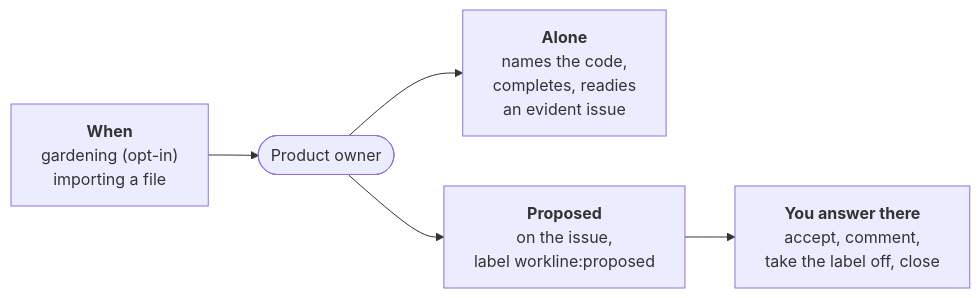
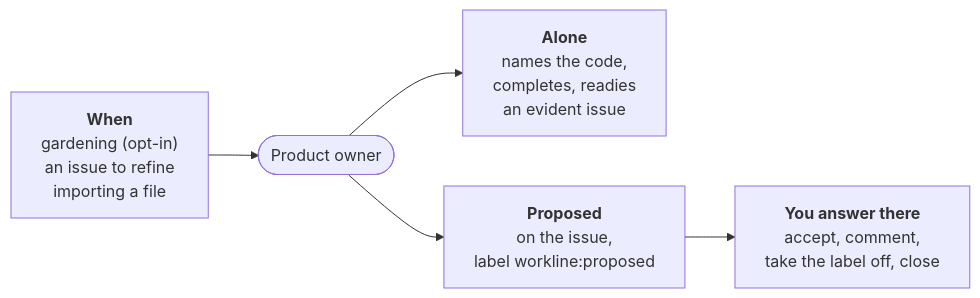
The diagram in roles/product-owner/README.md (JN0V/workline), drawn with Mermaid before and after one commit. The commit also changed other lines of this file and 6 other files, not shown here.

Commit message:
feat(product-owner): an issue to refine wakes it at once

````diff
--- a/roles/product-owner/README.md
+++ b/roles/product-owner/README.md
@@ -8,11 +8,11 @@
 ```mermaid
 flowchart LR
-  when["<b>When</b><br/>gardening (opt-in)<br/>importing a file"]
+  when["<b>When</b><br/>gardening (opt-in)<br/>an issue to refine<br/>importing a file"]
   role(["Product owner"])
   alone["<b>Alone</b><br/>names the code,<br/>completes, readies<br/>an evident issue"]
   proposed["<b>Proposed</b><br/>on the issue,<br/>label workline:proposed"]
   person["<b>You answer there</b><br/>accept, comment,<br/>take the label off, close"]
   when --> role
   role --> alone
   role --> proposed --> person
 ```
````
